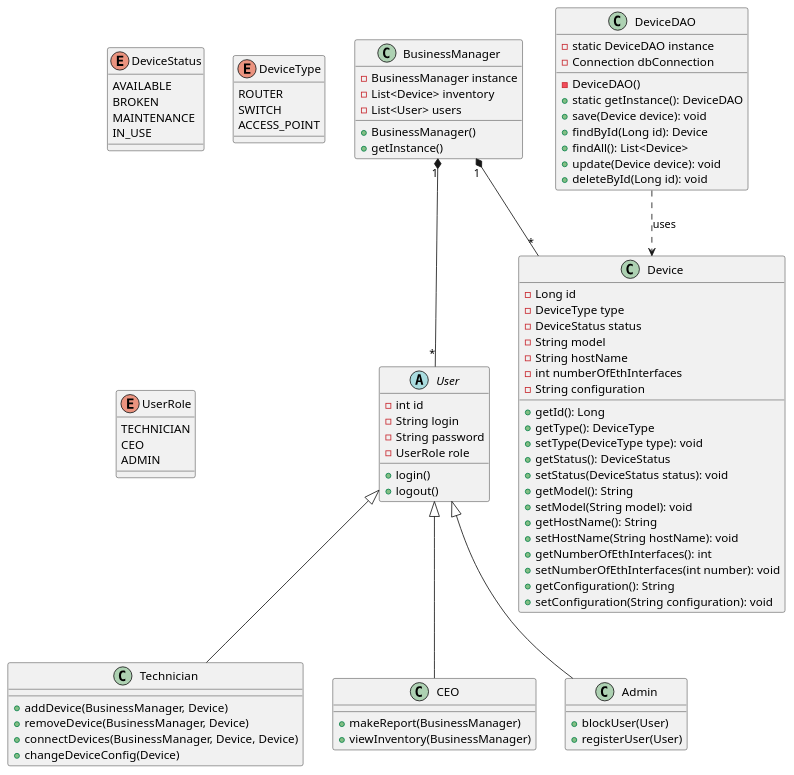
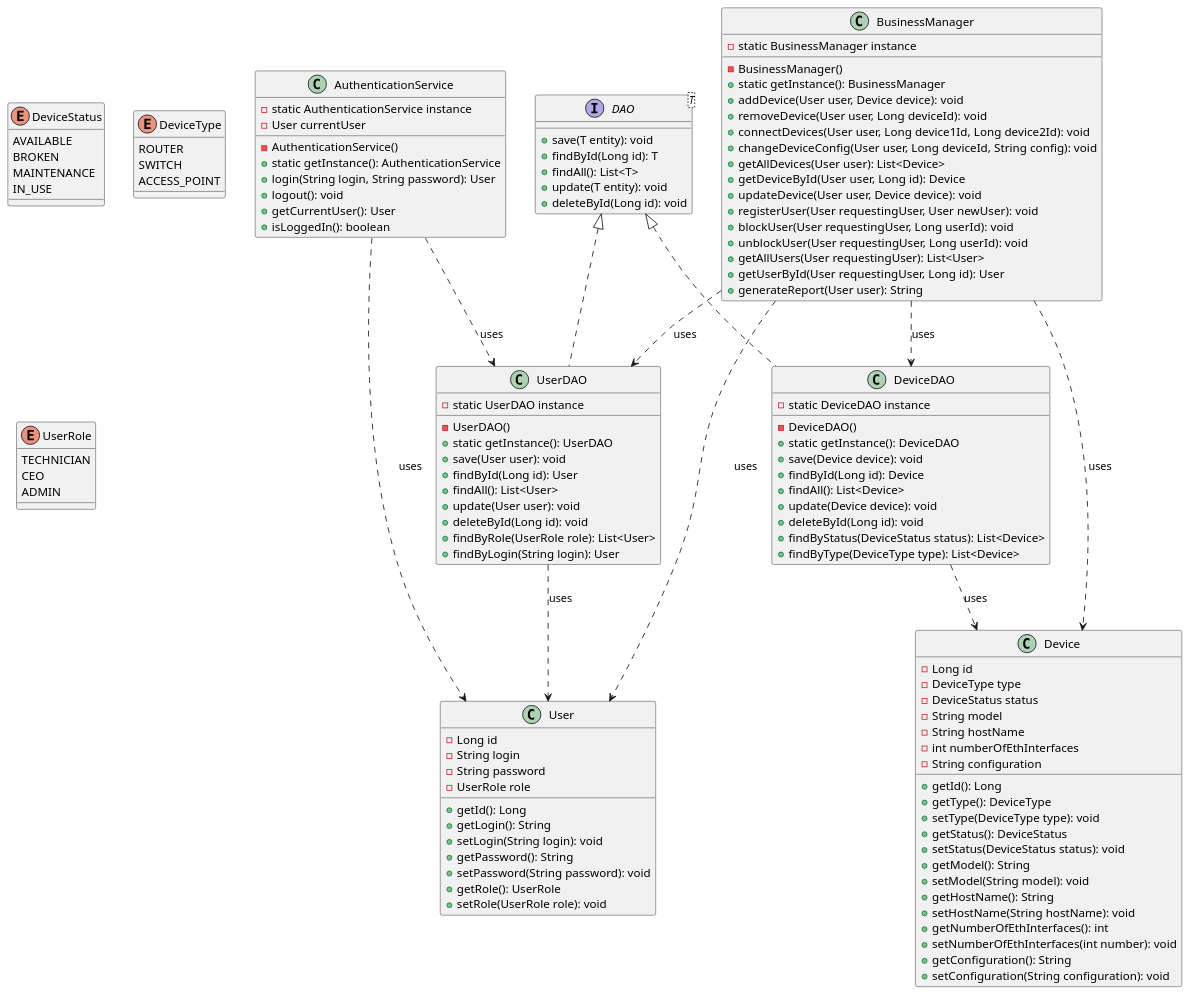
Before and after one commit to backslashN10/po2025: the diagram in routerPOL/docs/diagrams/class_diagram.wsd, drawn with PlantUML.

Commit message:
modify class diagram

```diff
--- a/routerPOL/docs/diagrams/class_diagram.wsd
+++ b/routerPOL/docs/diagrams/class_diagram.wsd
@@ -1,96 +1,135 @@
 @startuml
 
 enum DeviceStatus {
   AVAILABLE
   BROKEN
   MAINTENANCE
   IN_USE
 }
 
 enum DeviceType{
   ROUTER
   SWITCH
   ACCESS_POINT
 }
 
 enum UserRole {
   TECHNICIAN
   CEO
   ADMIN
 }
 
 
-abstract class User {
-  - int id
+class User {
+  - Long id
   - String login
   - String password
   - UserRole role
-  + login()
-  + logout()
-}
-
-class Technician extends User {
-  + addDevice(BusinessManager, Device)
-  + removeDevice(BusinessManager, Device)
-  + connectDevices(BusinessManager, Device, Device)
-  + changeDeviceConfig(Device)
-}
-
-class CEO extends User {
-  + makeReport(BusinessManager)
-  + viewInventory(BusinessManager)
-}
-
-class Admin extends User {
-  + blockUser(User)
-  + registerUser(User)
+  + getId(): Long
+  + getLogin(): String
+  + setLogin(String login): void
+  + getPassword(): String
+  + setPassword(String password): void
+  + getRole(): UserRole
+  + setRole(UserRole role): void
 }
 
 class Device {
   - Long id
   - DeviceType type
   - DeviceStatus status
   - String model
   - String hostName
   - int numberOfEthInterfaces
   - String configuration
   + getId(): Long
   + getType(): DeviceType
   + setType(DeviceType type): void
   + getStatus(): DeviceStatus
   + setStatus(DeviceStatus status): void
   + getModel(): String
   + setModel(String model): void
   + getHostName(): String
   + setHostName(String hostName): void
   + getNumberOfEthInterfaces(): int
   + setNumberOfEthInterfaces(int number): void
   + getConfiguration(): String
   + setConfiguration(String configuration): void
 }
 
-class DeviceDAO {
+interface DAO<T> {
+  + save(T entity): void
+  + findById(Long id): T
+  + findAll(): List<T>
+  + update(T entity): void
+  + deleteById(Long id): void
+}
+
+class DeviceDAO implements DAO {
   - static DeviceDAO instance
-  - Connection dbConnection
   - DeviceDAO()
   + static getInstance(): DeviceDAO
   + save(Device device): void
   + findById(Long id): Device
   + findAll(): List<Device>
   + update(Device device): void
   + deleteById(Long id): void
+  + findByStatus(DeviceStatus status): List<Device>
+  + findByType(DeviceType type): List<Device>
+}
+
+class UserDAO implements DAO {
+  - static UserDAO instance
+  - UserDAO()
+  + static getInstance(): UserDAO
+  + save(User user): void
+  + findById(Long id): User
+  + findAll(): List<User>
+  + update(User user): void
+  + deleteById(Long id): void
+  + findByRole(UserRole role): List<User>
+  + findByLogin(String login): User
 }
 
 DeviceDAO ..> Device : uses
+UserDAO ..> User : uses
+
+class AuthenticationService {
+  - static AuthenticationService instance
+  - User currentUser
+  - AuthenticationService()
+  + static getInstance(): AuthenticationService
+  + login(String login, String password): User
+  + logout(): void
+  + getCurrentUser(): User
+  + isLoggedIn(): boolean
+}
+
+AuthenticationService ..> UserDAO : uses
+AuthenticationService ..> User : uses
 
 class BusinessManager {
-  - BusinessManager instance
-  - List<Device> inventory
-  - List<User> users
-  + BusinessManager()
-  + getInstance()
+  - static BusinessManager instance
+  - BusinessManager()
+  + static getInstance(): BusinessManager
+  + addDevice(User user, Device device): void
+  + removeDevice(User user, Long deviceId): void
+  + connectDevices(User user, Long device1Id, Long device2Id): void
+  + changeDeviceConfig(User user, Long deviceId, String config): void
+  + getAllDevices(User user): List<Device>
+  + getDeviceById(User user, Long id): Device
+  + updateDevice(User user, Device device): void
+  + registerUser(User requestingUser, User newUser): void
+  + blockUser(User requestingUser, Long userId): void
+  + unblockUser(User requestingUser, Long userId): void
+  + getAllUsers(User requestingUser): List<User>
+  + getUserById(User requestingUser, Long id): User
+  + generateReport(User user): String
 }
-BusinessManager "1" *-- "*" Device
-BusinessManager "1" *-- "*" User
+
+BusinessManager ..> DeviceDAO : uses
+BusinessManager ..> UserDAO : uses
+BusinessManager ..> User : uses
+BusinessManager ..> Device : uses
 
 @enduml
```
